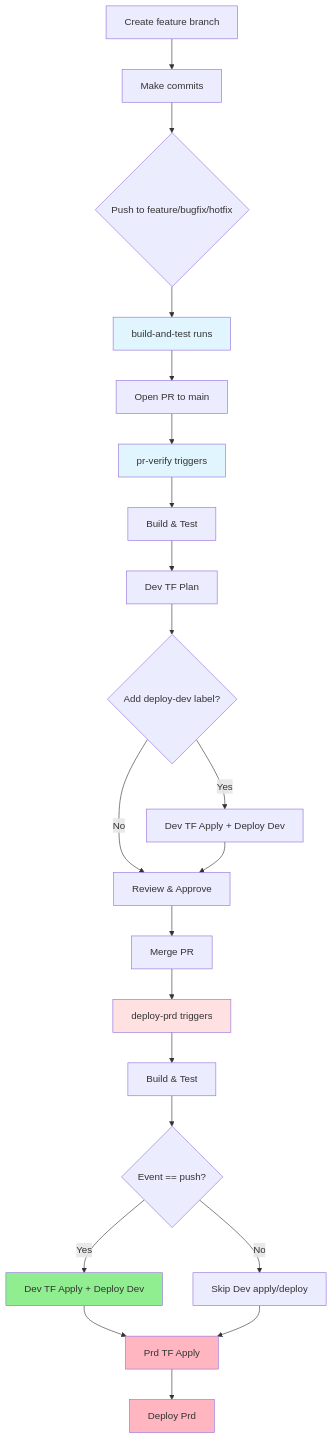
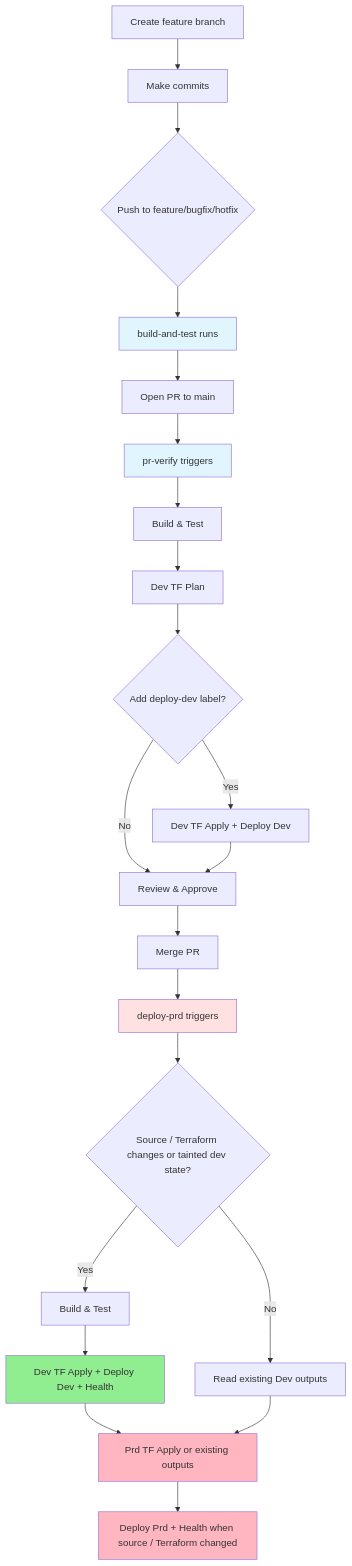
The diagram in docs/development-workflows.md (frasermolyneux/platform-sitewatch-func), drawn with Mermaid before and after one commit. The commit also changed other lines of this file, not shown here.

````diff
--- a/docs/development-workflows.md
+++ b/docs/development-workflows.md
@@ -48,30 +49,30 @@
 ```mermaid
 graph TD
     A[Create feature branch] --> B[Make commits]
     B --> C{Push to feature/bugfix/hotfix}
     C --> D[build-and-test runs]
     D --> E[Open PR to main]
     E --> F[pr-verify triggers]
     F --> G[Build & Test]
     G --> H[Dev TF Plan]
     H --> I{Add deploy-dev label?}
     I -->|Yes| J[Dev TF Apply + Deploy Dev]
     I -->|No| K[Review & Approve]
     J --> K
     K --> L[Merge PR]
     L --> M[deploy-prd triggers]
-    M --> N[Build & Test]
-    N --> O{Event == push?}
-    O -->|Yes| P[Dev TF Apply + Deploy Dev]
-    O -->|No| Q[Skip Dev apply/deploy]
-    P --> R[Prd TF Apply]
+    M --> O{Source / Terraform changes or tainted dev state?}
+    O -->|Yes| N[Build & Test]
+    N --> P[Dev TF Apply + Deploy Dev + Health]
+    O -->|No| Q[Read existing Dev outputs]
+    P --> R[Prd TF Apply or existing outputs]
     Q --> R
-    R --> S[Deploy Prd]
+    R --> S[Deploy Prd + Health when source / Terraform changed]
 
     style D fill:#e1f5ff
     style F fill:#e1f5ff
     style M fill:#ffe1e1
     style P fill:#90EE90
     style R fill:#FFB6C1
     style S fill:#FFB6C1
 ```
````
